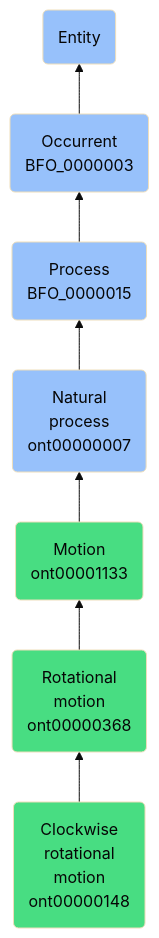
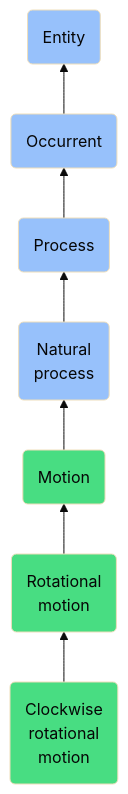
One commit to jupyter-naas/abi changed the diagram in docs/ontology/reference/model/Entity/Occurrent/Process/Natural process/Motion/Rotational motion/Clockwise rotational motion/Clockwise rotational motion.md. Above: the diagram before and after it, drawn with Mermaid (base theme). The commit also changed other lines of this file and 1430 other files, not shown here.

````diff
--- a/docs/ontology/reference/model/Entity/Occurrent/Process/Natural process/Motion/Rotational motion/Clockwise rotational motion/Clockwise rotational motion.md
+++ b/docs/ontology/reference/model/Entity/Occurrent/Process/Natural process/Motion/Rotational motion/Clockwise rotational motion/Clockwise rotational motion.md
@@ -25,14 +25,14 @@
 ```mermaid
 graph BT
-    ont00000148(Clockwise<br>rotational<br>motion<br>ont00000148):::ABI-->ont00000368
-    ont00000368(Rotational<br>motion<br>ont00000368):::ABI-->ont00001133
-    ont00001133(Motion<br>ont00001133):::ABI-->ont00000007
-    ont00000007(Natural<br>process<br>ont00000007):::BFO-->BFO_0000015
-    BFO_0000015(Process<br>BFO_0000015):::BFO-->BFO_0000003
-    BFO_0000003(Occurrent<br>BFO_0000003):::BFO-->BFO_0000001
+    ont00000148(Clockwise<br>rotational<br>motion):::ABI-->ont00000368
+    ont00000368(Rotational<br>motion):::ABI-->ont00001133
+    ont00001133(Motion):::ABI-->ont00000007
+    ont00000007(Natural<br>process):::BFO-->BFO_0000015
+    BFO_0000015(Process):::BFO-->BFO_0000003
+    BFO_0000003(Occurrent):::BFO-->BFO_0000001
     BFO_0000001(Entity):::BFO
     
     classDef BFO fill:#97c1fb,color:#060606
     classDef CCO fill:#e4c51e,color:#060606
     classDef ABI fill:#48DD82,color:#060606
 ```
````
